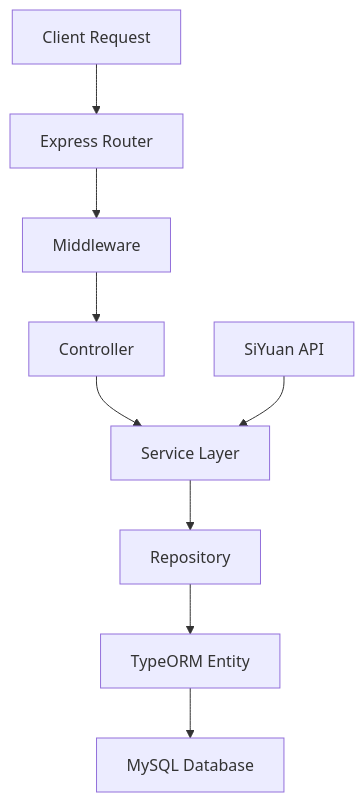
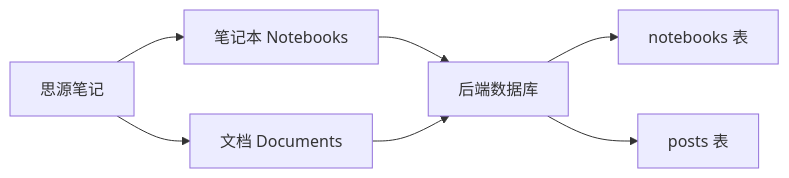
The first of 2 diagrams in siyuan-blog-backend/README.md (SourceKim/siyuan-blog), drawn with Mermaid before and after one commit. The commit also changed other lines of this file and 4 other files, not shown here.

````diff
--- a/siyuan-blog-backend/README.md
+++ b/siyuan-blog-backend/README.md
@@ -121,12 +186,10 @@
 ```mermaid
-graph TB
-    A[Client Request] --> B[Express Router]
-    B --> C[Middleware]
-    C --> D[Controller]
-    D --> E[Service Layer]
-    E --> F[Repository]
-    F --> G[TypeORM Entity]
-    G --> H[MySQL Database]
+graph LR
+    A[思源笔记] --> B[笔记本 Notebooks]
+    A --> C[文档 Documents]
+    B --> D[后端数据库]
+    C --> D
     
-    I[SiYuan API] --> E
+    D --> E[notebooks 表]
+    D --> F[posts 表]
 ```
````
